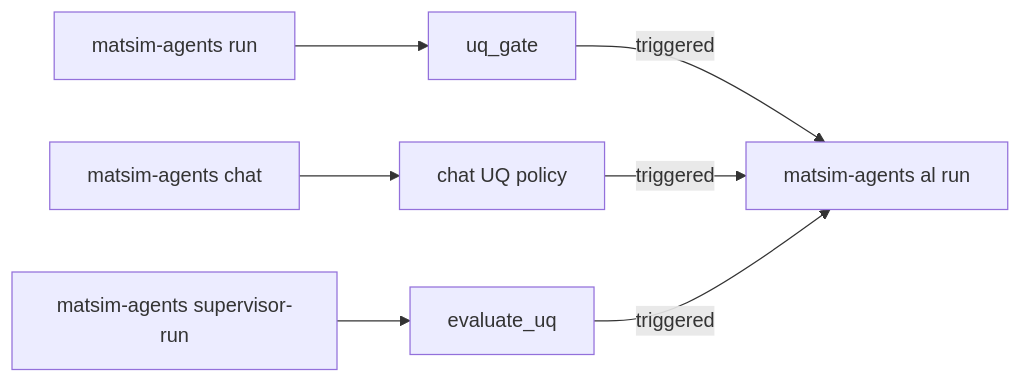
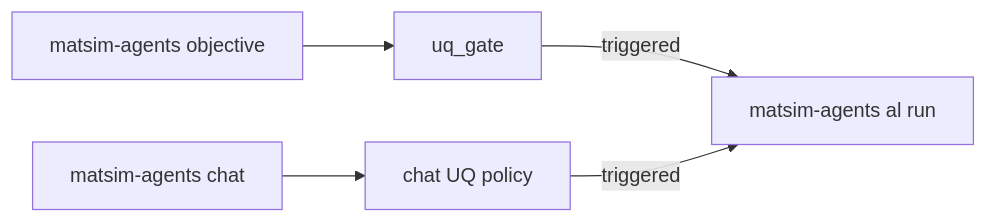
Before and after one commit to ORNL/matsim-agents: the second of 2 diagrams in examples/active_learning/README.md, drawn with Mermaid. The commit also changed other lines of this file and 705 other files, not shown here.

First line of the commit message:
Restructure matsim-agents into a general-purpose framework (#80)

````diff
--- a/examples/active_learning/README.md
+++ b/examples/active_learning/README.md
@@ -151,9 +149,7 @@
 ```mermaid
 flowchart LR
-  R[matsim-agents run] --> RU[uq_gate]
+  R[matsim-agents objective] --> RU[uq_gate]
   C[matsim-agents chat] --> CU[chat UQ policy]
-  S[matsim-agents supervisor-run] --> SU[evaluate_uq]
   RU -->|triggered| AL[matsim-agents al run]
   CU -->|triggered| AL
-  SU -->|triggered| AL
 ```
````
